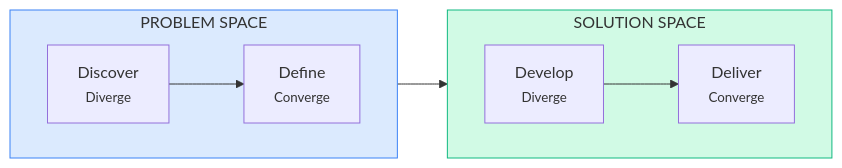
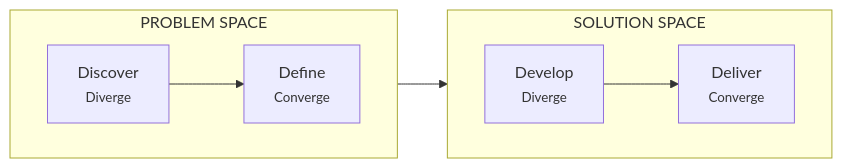
The second of 2 diagrams in docs/product-design/explanation/design-thinking.md (smileynet/ui-optimizer), drawn with Mermaid before and after one commit. The commit also changed other lines of this file and 6 other files, not shown here.

First line of the commit message:
fix: remove hardcoded Mermaid fill colors for dark mode compatibility

````diff
--- a/docs/product-design/explanation/design-thinking.md
+++ b/docs/product-design/explanation/design-thinking.md
@@ -39,17 +33,14 @@
 ```mermaid
 flowchart LR
     subgraph Problem["PROBLEM SPACE"]
         direction LR
         DIS["Discover<br/><small>Diverge</small>"] --> DEF["Define<br/><small>Converge</small>"]
     end
     
     subgraph Solution["SOLUTION SPACE"]
         direction LR
         DEV["Develop<br/><small>Diverge</small>"] --> DEL["Deliver<br/><small>Converge</small>"]
     end
     
     DEF --> DEV
-    
-    style Problem fill:#dbeafe,stroke:#3b82f6
-    style Solution fill:#d1fae5,stroke:#10b981
 ```
````
